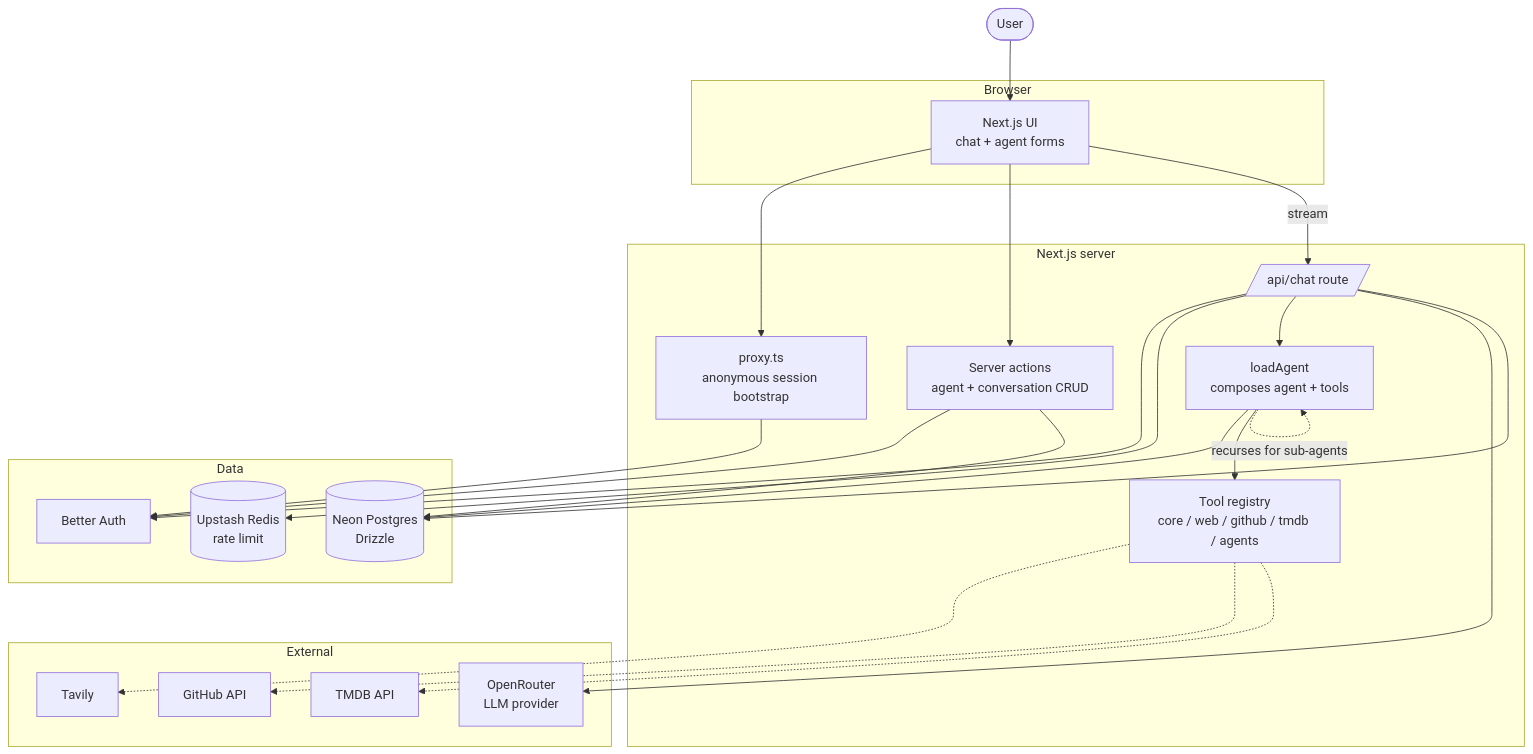
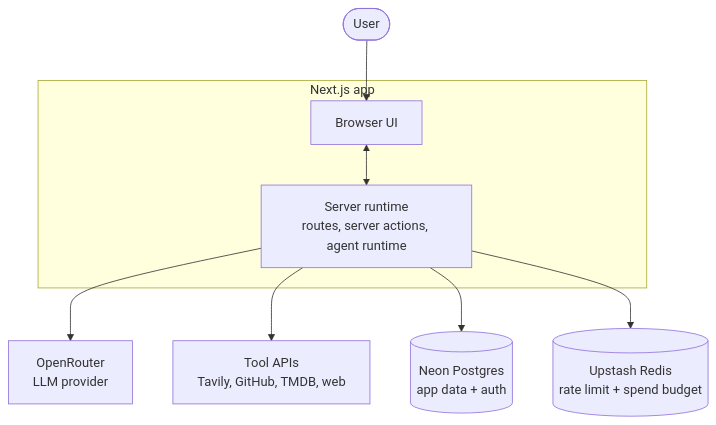
The first of 5 diagrams in README.md (jimmy-guzman/comal.dev), drawn with Mermaid before and after one commit. The commit also changed other lines of this file, not shown here.

Commit message:
docs: 📝 refresh README architecture and tooling (#138)

````diff
--- a/README.md
+++ b/README.md
@@ -13,50 +15,16 @@
 ```mermaid
 flowchart TB
   User([User])
 
-  subgraph Browser
-    UI[Next.js UI<br/>chat + agent forms]
+  subgraph App[Next.js app]
+    Client[Browser UI]
+    Server[Server runtime<br/>routes, server actions, agent runtime]
   end
 
-  subgraph Server[Next.js server]
-    Proxy[proxy.ts<br/>anonymous session bootstrap]
-    Actions[Server actions<br/>agent + conversation CRUD]
-    ChatAPI[/api/chat route/]
-    Loader[loadAgent<br/>composes agent + tools]
-    Registry[Tool registry<br/>core / web / github / tmdb / agents]
-  end
-
-  subgraph External
-    OpenRouter[OpenRouter<br/>LLM provider]
-    Tavily[Tavily]
-    GitHub[GitHub API]
-    TMDB[TMDB API]
-  end
-
-  subgraph Data
-    Neon[(Neon Postgres<br/>Drizzle)]
-    Redis[(Upstash Redis<br/>rate limit)]
-    Auth[Better Auth]
-  end
-
-  User --> UI
-  UI --> Proxy
-  UI --> Actions
-  UI -->|stream| ChatAPI
-
-  Proxy --> Auth
-  Actions --> Auth
-  Actions --> Neon
-  ChatAPI --> Auth
-  ChatAPI --> Redis
-  ChatAPI --> Loader
-  Loader --> Neon
-  Loader --> Registry
-  Loader -.->|recurses for sub-agents| Loader
-  ChatAPI --> OpenRouter
-  ChatAPI --> Neon
-
-  Registry -.-> Tavily
-  Registry -.-> GitHub
-  Registry -.-> TMDB
+  User --> Client
+  Client <--> Server
+  Server --> LLM[OpenRouter<br/>LLM provider]
+  Server --> Tools[Tool APIs<br/>Tavily, GitHub, TMDB, web]
+  Server --> Postgres[(Neon Postgres<br/>app data + auth)]
+  Server --> Redis[(Upstash Redis<br/>rate limit + spend budget)]
 ```
````
